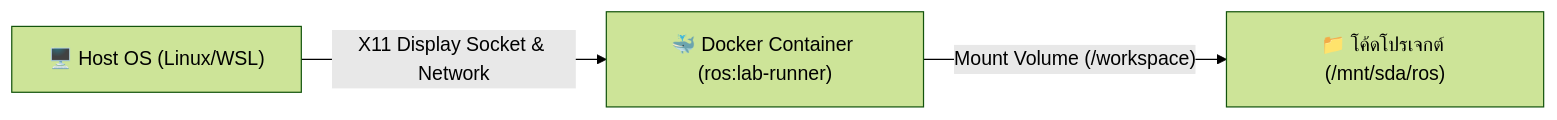
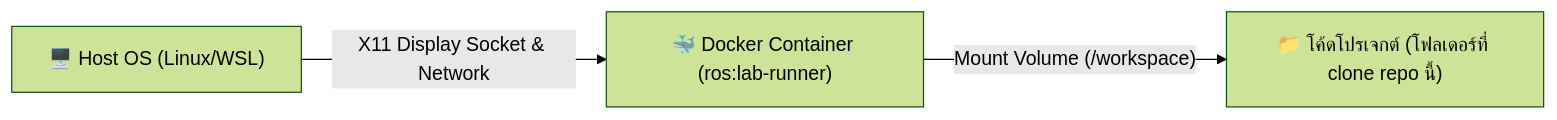
One commit to alfaXphoori/ros2 changed the third of 4 diagrams in docs/ros2_installation_guide.md. Above: the diagram before and after it, drawn with Mermaid (forest theme). The commit also changed other lines of this file and 425 other files, not shown here.

````diff
--- a/docs/ros2_installation_guide.md
+++ b/docs/ros2_installation_guide.md
@@ -127,5 +137,5 @@
 ```mermaid
 flowchart LR
     Host["🖥️ Host OS (Linux/WSL)"] -- "X11 Display Socket & Network" --> Container["🐳 Docker Container (ros:lab-runner)"]
-    Container -- "Mount Volume (/workspace)" --> Code["📁 โค้ดโปรเจกต์ (/mnt/sda/ros)"]
+    Container -- "Mount Volume (/workspace)" --> Code["📁 โค้ดโปรเจกต์ (โฟลเดอร์ที่ clone repo นี้)"]
 ```
````
